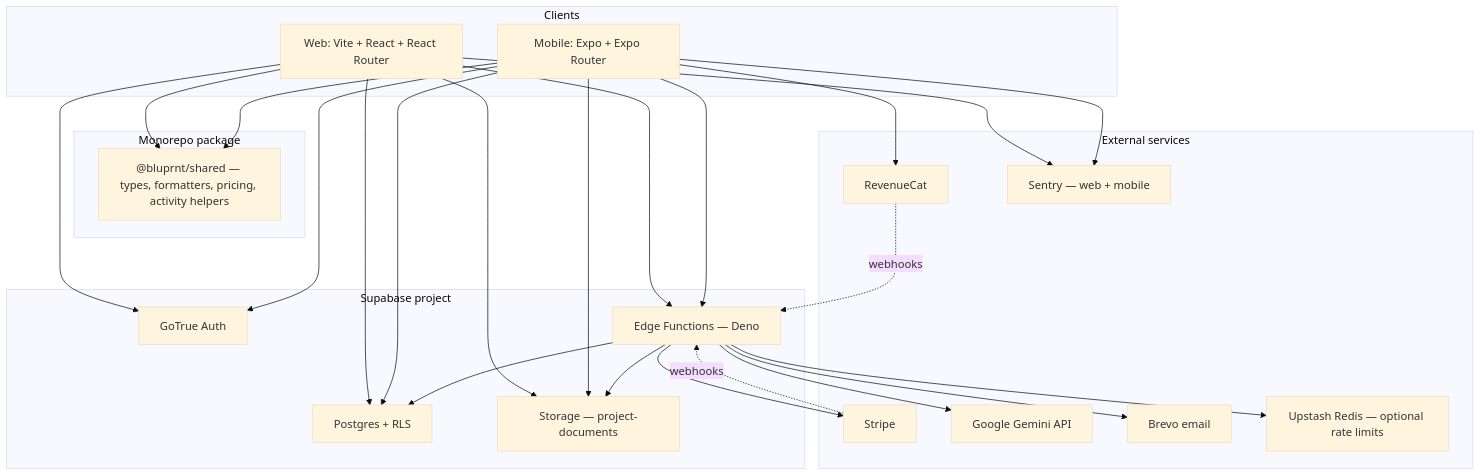
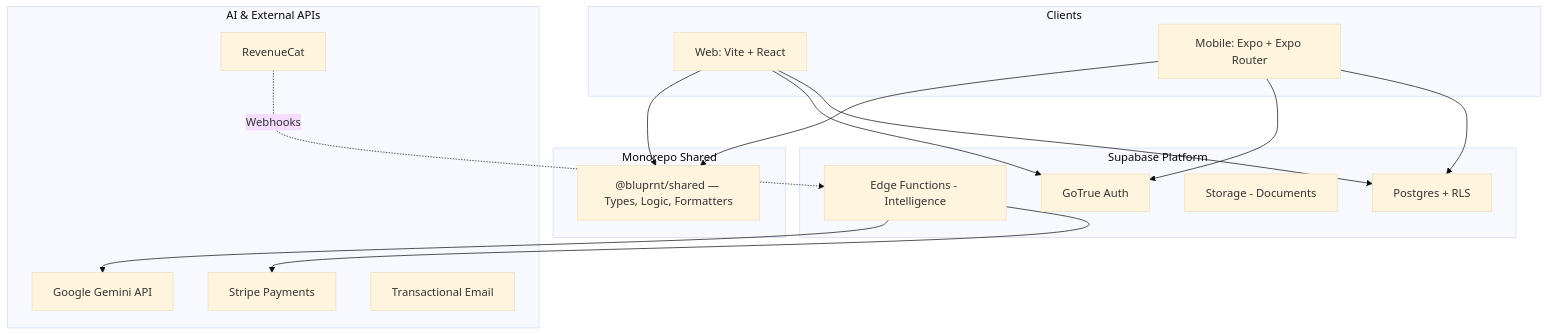
The diagram in README.md (bantoinese83/BLUPRNT.AI), drawn with Mermaid (base theme) before and after one commit. The commit also changed other lines of this file, not shown here.

Commit message:
Docs: Update README with professional badges, v3 intelligence feature overview, and enhanced dev guides

````diff
--- a/README.md
+++ b/README.md
@@ -23,49 +46,35 @@
 ```mermaid
 flowchart TB
   subgraph clients[Clients]
-    Web["Web: Vite + React + React Router"]
+    Web["Web: Vite + React"]
     Mobile["Mobile: Expo + Expo Router"]
   end
 
-  subgraph shared_pkg["Monorepo package"]
-    SH["@bluprnt/shared — types, formatters, pricing, activity helpers"]
+  subgraph shared_pkg["Monorepo Shared"]
+    SH["@bluprnt/shared — Types, Logic, Formatters"]
   end
 
-  subgraph supabase[Supabase project]
+  subgraph supabase[Supabase Platform]
     Auth[GoTrue Auth]
     DB["Postgres + RLS"]
-    Stor[Storage — project-documents]
-    Edge[Edge Functions — Deno]
+    Stor[Storage - Documents]
+    Edge[Edge Functions - Intelligence]
   end
 
-  subgraph external[External services]
-    Stripe[Stripe]
+  subgraph external[AI & External APIs]
+    Stripe[Stripe Payments]
     RC[RevenueCat]
     Gemini[Google Gemini API]
-    Brevo[Brevo email]
-    Upstash[Upstash Redis — optional rate limits]
-    Sentry[Sentry — web + mobile]
+    Brevo[Transactional Email]
   end
 
   Web --> SH
   Mobile --> SH
   Web --> Auth
   Web --> DB
-  Web --> Stor
-  Web --> Edge
   Mobile --> Auth
   Mobile --> DB
-  Mobile --> Stor
-  Mobile --> Edge
-  Edge --> DB
-  Edge --> Stor
+  Edge --> Gemini
   Edge --> Stripe
-  Edge --> Gemini
-  Edge --> Brevo
-  Edge --> Upstash
-  Stripe -.->|webhooks| Edge
-  RC -.->|webhooks| Edge
-  Web --> Sentry
-  Mobile --> Sentry
-  Mobile --> RC
+  RC -.->|Webhooks| Edge
 ```
````
